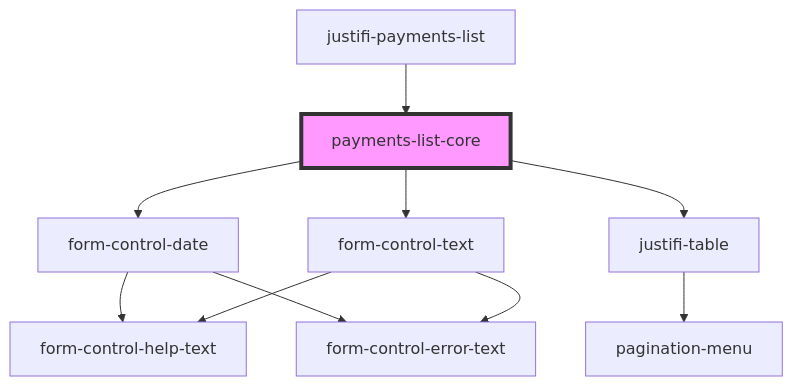
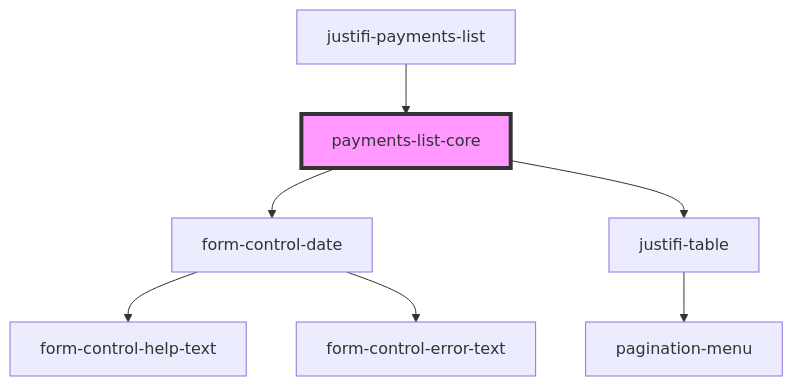
The diagram in packages/webcomponents/src/components/payments-list/readme.md (justifi-tech/web-component-library), drawn with Mermaid before and after one commit. The commit also changed other lines of this file and 3 other files, not shown here.

````diff
--- a/packages/webcomponents/src/components/payments-list/readme.md
+++ b/packages/webcomponents/src/components/payments-list/readme.md
@@ -36,13 +35,10 @@
 ```mermaid
 graph TD;
   payments-list-core --> form-control-date
-  payments-list-core --> form-control-text
   payments-list-core --> justifi-table
   form-control-date --> form-control-help-text
   form-control-date --> form-control-error-text
-  form-control-text --> form-control-help-text
-  form-control-text --> form-control-error-text
   justifi-table --> pagination-menu
   justifi-payments-list --> payments-list-core
   style payments-list-core fill:#f9f,stroke:#333,stroke-width:4px
 ```
````
